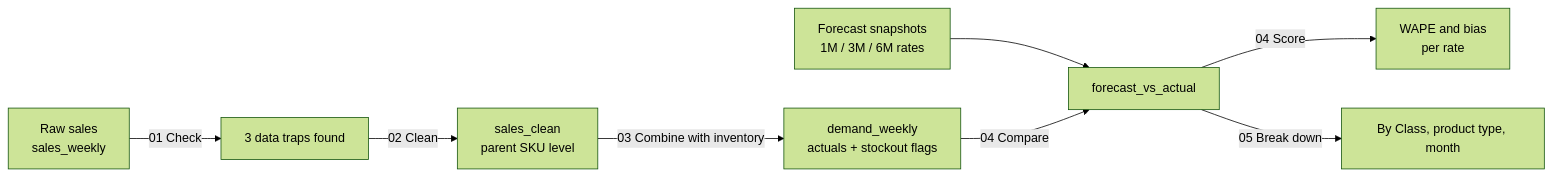
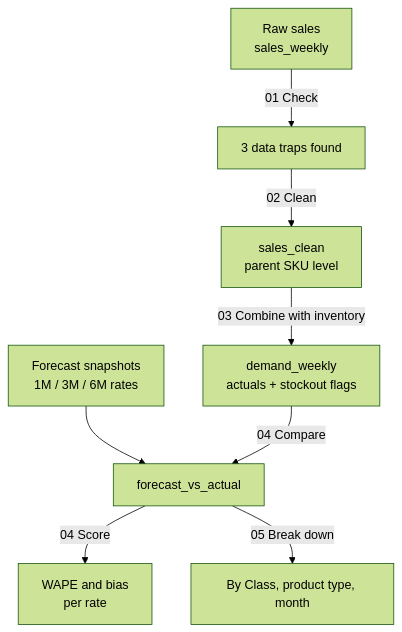
Before and after one commit to rinaaditya/forecast-accuracy-sql: the diagram in README.md, drawn with Mermaid (forest theme).

Commit message:
Update README.md
Make diagram vertical

````diff
--- a/README.md
+++ b/README.md
@@ -32,10 +32,10 @@
 ```mermaid
-flowchart LR
+flowchart TD
     A[Raw sales<br/>sales_weekly] -->|01 Check| B[3 data traps found]
     B -->|02 Clean| C[sales_clean<br/>parent SKU level]
     C -->|03 Combine with inventory| D[demand_weekly<br/>actuals + stockout flags]
     E[Forecast snapshots<br/>1M / 3M / 6M rates] --> F
     D -->|04 Compare| F[forecast_vs_actual]
     F -->|04 Score| G[WAPE and bias<br/>per rate]
     F -->|05 Break down| H[By Class, product type, month]
 ```
````
